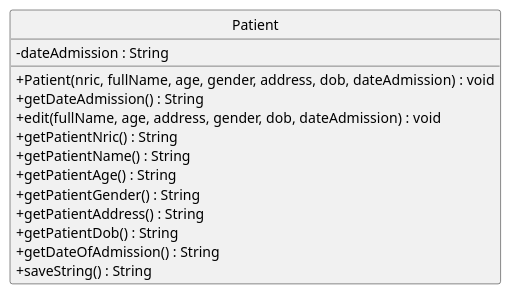
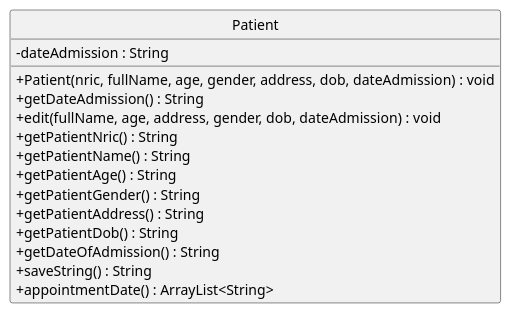
One commit to nus-cs2113-AY2122S2/tp changed the diagram in docs/diagrams/Patient.puml. Above: the diagram before and after it, drawn with PlantUML. The commit also changed 5 other files, not shown here.

Commit message:
Update pt ptList appt apptList UML Diag to reflect new methods added

```diff
--- a/docs/diagrams/Patient.puml
+++ b/docs/diagrams/Patient.puml
@@ -1,19 +1,20 @@
 @startuml
 hide circle
 skinparam classAttributeIconSize 0
 class Patient {
 -dateAdmission : String
 +Patient(nric, fullName, age, gender, address, dob, dateAdmission) : void
 +getDateAdmission() : String
 +edit(fullName, age, address, gender, dob, dateAdmission) : void
 +getPatientNric() : String
 +getPatientName() : String
 +getPatientAge() : String
 +getPatientGender() : String
 +getPatientAddress() : String
 +getPatientDob() : String
 +getDateOfAdmission() : String
 +saveString() : String
++appointmentDate() : ArrayList<String>
 }
 
 @enduml
```
